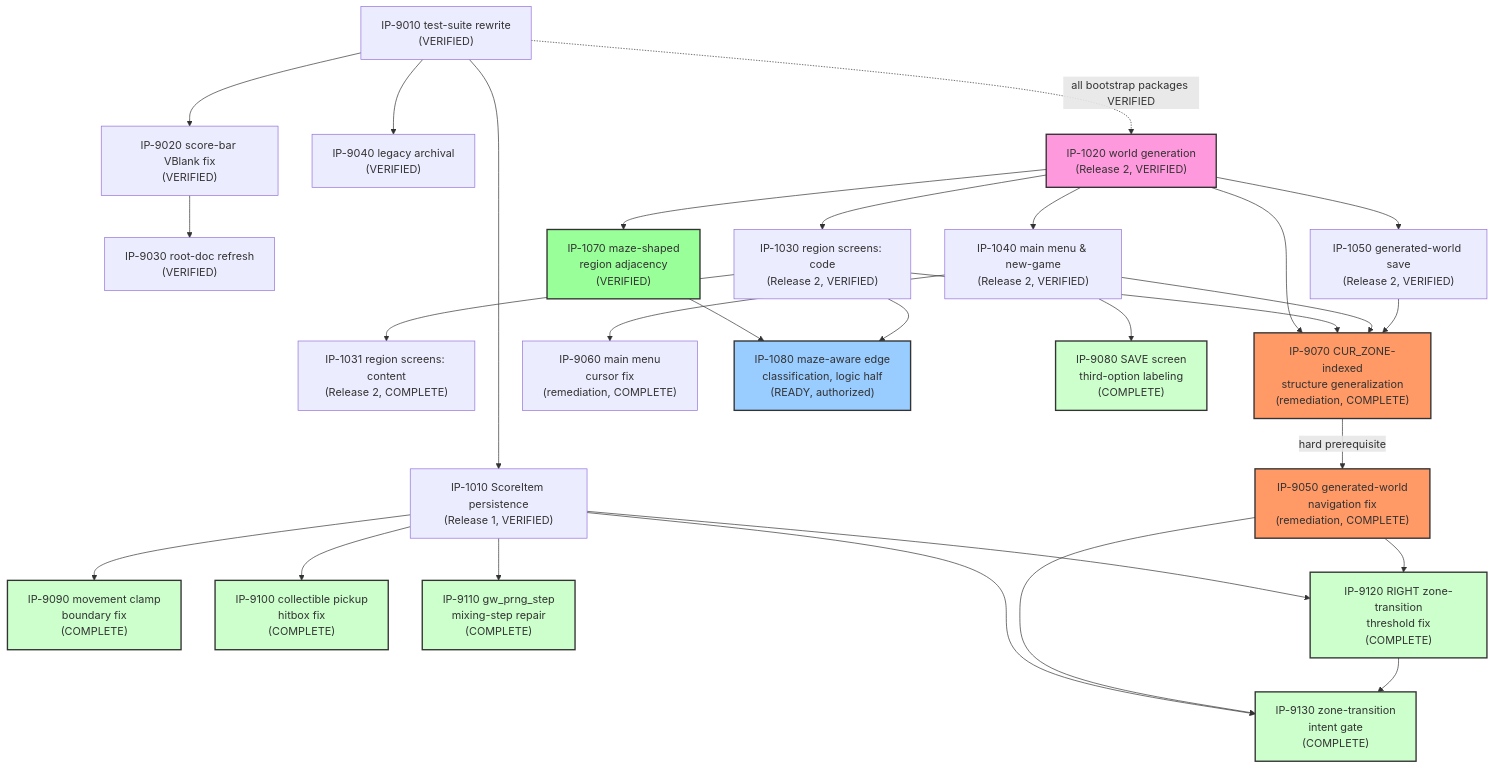
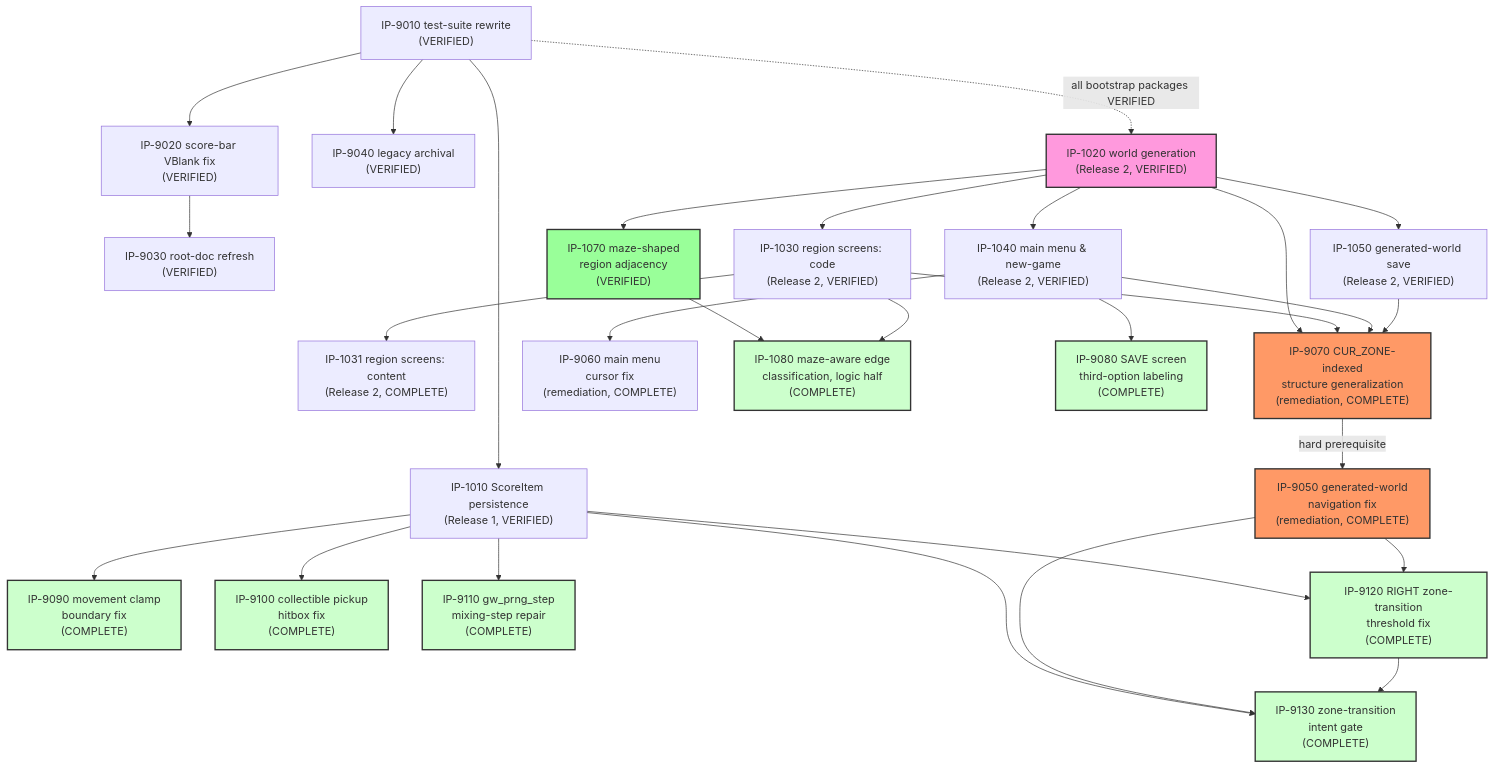
One commit to Zabin/RsGame changed the diagram in docs/implementation/00-master-build-plan.md. Above: the diagram before and after it, drawn with Mermaid. The commit also changed other lines of this file and 10 other files, not shown here.

````diff
--- a/docs/implementation/00-master-build-plan.md
+++ b/docs/implementation/00-master-build-plan.md
@@ -165,76 +172,76 @@
 ```mermaid
 graph TD
     IP9010["IP-9010 test-suite rewrite<br/>(VERIFIED)"]
     IP9020["IP-9020 score-bar VBlank fix<br/>(VERIFIED)"]
     IP9030["IP-9030 root-doc refresh<br/>(VERIFIED)"]
     IP9040["IP-9040 legacy archival<br/>(VERIFIED)"]
     IP1010["IP-1010 ScoreItem persistence<br/>(Release 1, VERIFIED)"]
     IP9010 --> IP9020
     IP9010 --> IP9040
     IP9010 --> IP1010
     IP9020 --> IP9030
 
     IP1020["IP-1020 world generation<br/>(Release 2, VERIFIED)"]
     IP1030["IP-1030 region screens: code<br/>(Release 2, VERIFIED)"]
     IP1031["IP-1031 region screens: content<br/>(Release 2, COMPLETE)"]
     IP1040["IP-1040 main menu & new-game<br/>(Release 2, VERIFIED)"]
     IP1050["IP-1050 generated-world save<br/>(Release 2, VERIFIED)"]
     IP9010 -.all bootstrap packages VERIFIED.-> IP1020
     IP1020 --> IP1030
     IP1030 --> IP1031
     IP1020 --> IP1040
     IP1020 --> IP1050
 
     style IP1020 fill:#f9d,stroke:#333,stroke-width:2px
 
     IP9070["IP-9070 CUR_ZONE-indexed<br/>structure generalization<br/>(remediation, COMPLETE)"]
     IP9050["IP-9050 generated-world<br/>navigation fix<br/>(remediation, COMPLETE)"]
     IP9060["IP-9060 main menu<br/>cursor fix<br/>(remediation, COMPLETE)"]
     IP1020 --> IP9070
     IP1030 --> IP9070
     IP1040 --> IP9070
     IP1050 --> IP9070
     IP9070 -->|hard prerequisite| IP9050
     IP1040 --> IP9060
 
     style IP9070 fill:#f96,stroke:#333,stroke-width:2px
     style IP9050 fill:#f96,stroke:#333,stroke-width:2px
 
     IP1070["IP-1070 maze-shaped<br/>region adjacency<br/>(VERIFIED)"]
-    IP1080["IP-1080 maze-aware edge<br/>classification, logic half<br/>(READY, authorized)"]
+    IP1080["IP-1080 maze-aware edge<br/>classification, logic half<br/>(COMPLETE)"]
     IP1020 --> IP1070
     IP1070 --> IP1080
     IP1030 --> IP1080
 
     style IP1070 fill:#9f9,stroke:#333,stroke-width:2px
-    style IP1080 fill:#9cf,stroke:#333,stroke-width:2px
+    style IP1080 fill:#cfc,stroke:#333,stroke-width:2px
 
     IP9090["IP-9090 movement clamp<br/>boundary fix<br/>(COMPLETE)"]
     IP9100["IP-9100 collectible pickup<br/>hitbox fix<br/>(COMPLETE)"]
     IP9080["IP-9080 SAVE screen<br/>third-option labeling<br/>(COMPLETE)"]
     IP1010 --> IP9090
     IP1010 --> IP9100
     IP1040 --> IP9080
 
     style IP9090 fill:#cfc,stroke:#333,stroke-width:2px
     style IP9100 fill:#cfc,stroke:#333,stroke-width:2px
     style IP9080 fill:#cfc,stroke:#333,stroke-width:2px
 
     IP9110["IP-9110 gw_prng_step<br/>mixing-step repair<br/>(COMPLETE)"]
     IP1010 --> IP9110
 
     style IP9110 fill:#cfc,stroke:#333,stroke-width:2px
 
     IP9120["IP-9120 RIGHT zone-transition<br/>threshold fix<br/>(COMPLETE)"]
     IP1010 --> IP9120
     IP9050 --> IP9120
 
     style IP9120 fill:#cfc,stroke:#333,stroke-width:2px
 
     IP9130["IP-9130 zone-transition<br/>intent gate<br/>(COMPLETE)"]
     IP1010 --> IP9130
     IP9050 --> IP9130
     IP9120 --> IP9130
 
     style IP9130 fill:#cfc,stroke:#333,stroke-width:2px
 ```
````
